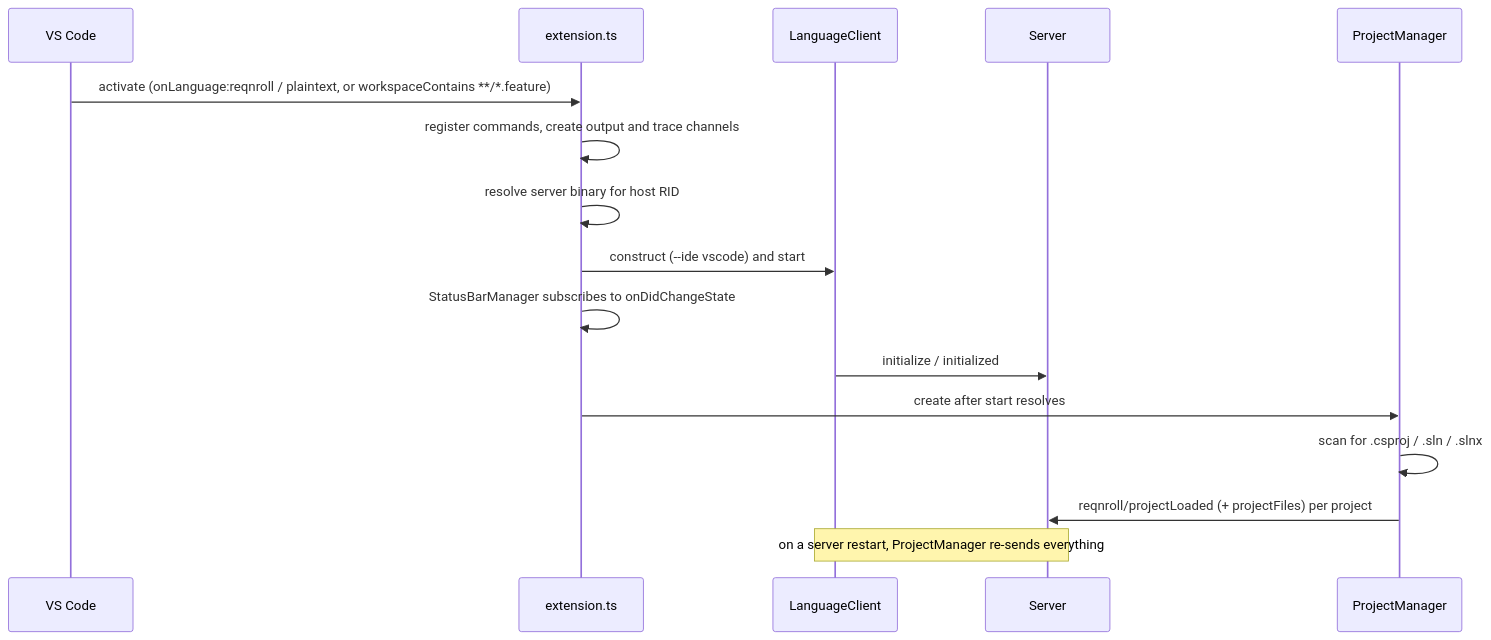
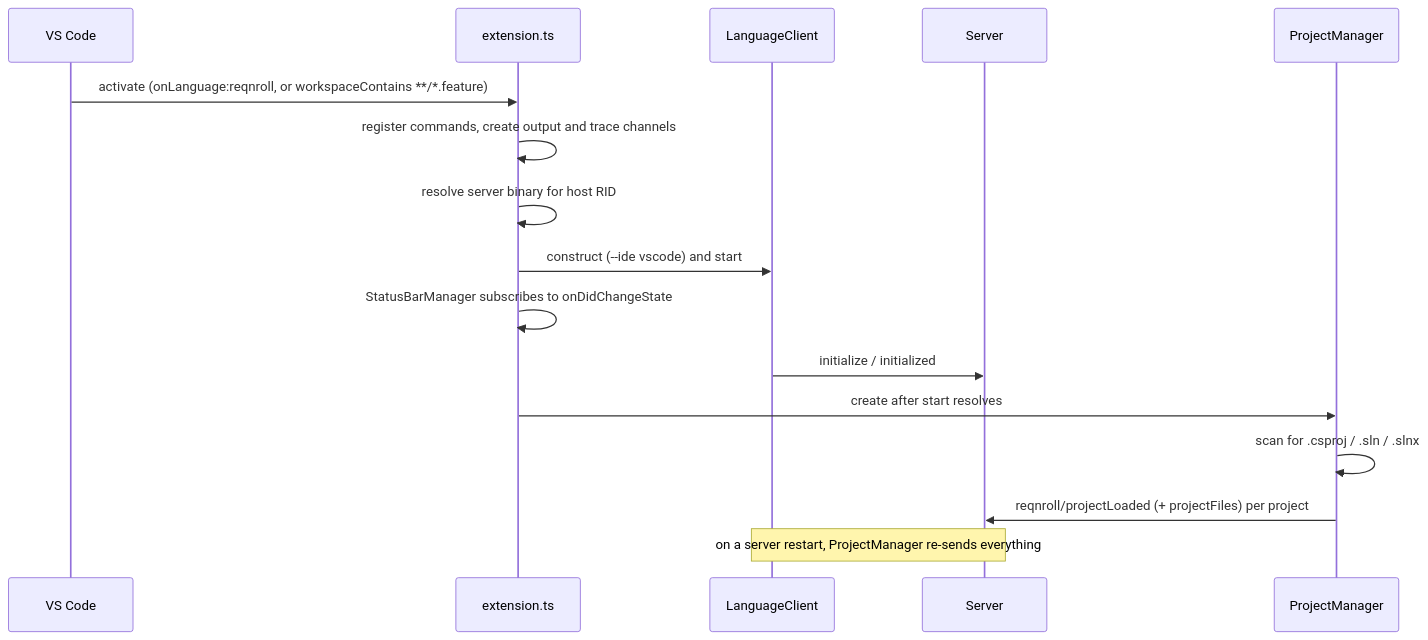
One commit to reqnroll/Reqnroll.IdeSupport changed the second of 2 diagrams in docs/architecture/client-vscode.md. Above: the diagram before and after it, drawn with Mermaid. The commit also changed other lines of this file and 2 other files, not shown here.

Commit message:
VS Code: stop activating on any plain-text file
.feature files are always typed as the reqnroll language and the client's document selector only matches that language, so onLanguage:plaintext only started the server for unrelated files.

````diff
--- a/docs/architecture/client-vscode.md
+++ b/docs/architecture/client-vscode.md
@@ -41,19 +41,19 @@
 ```mermaid
 sequenceDiagram
     participant VSC as VS Code
     participant E as extension.ts
     participant LC as LanguageClient
     participant SRV as Server
     participant PM as ProjectManager
 
-    VSC->>E: activate (onLanguage:reqnroll / plaintext, or workspaceContains **/*.feature)
+    VSC->>E: activate (onLanguage:reqnroll, or workspaceContains **/*.feature)
     E->>E: register commands, create output and trace channels
     E->>E: resolve server binary for host RID
     E->>LC: construct (--ide vscode) and start
     E->>E: StatusBarManager subscribes to onDidChangeState
     LC->>SRV: initialize / initialized
     E->>PM: create after start resolves
     PM->>PM: scan for .csproj / .sln / .slnx
     PM->>SRV: reqnroll/projectLoaded (+ projectFiles) per project
     Note over LC,SRV: on a server restart, ProjectManager re-sends everything
 ```
````
